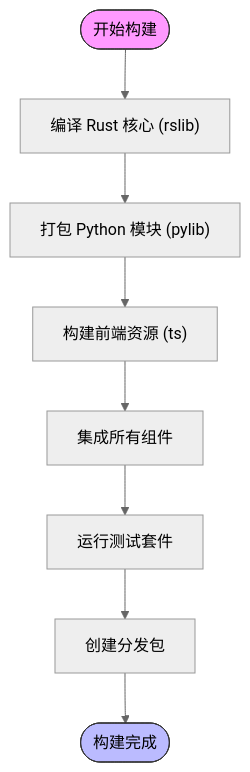
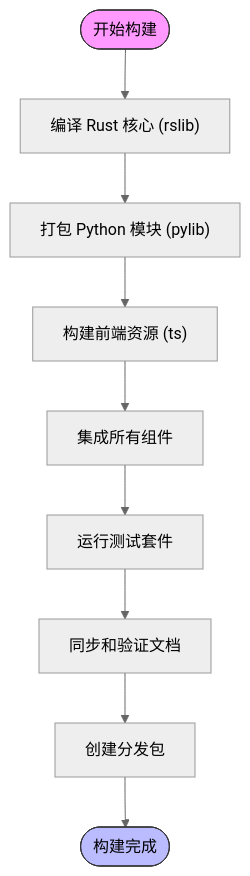
The second of 9 diagrams in .qoder/repowiki/zh/content/构建与部署/构建与部署.md (afanty2021/anki), drawn with Mermaid (neutral theme) before and after one commit. The commit also changed other lines of this file and 6 other files, not shown here.

````diff
--- a/.qoder/repowiki/zh/content/构建与部署/构建与部署.md
+++ b/.qoder/repowiki/zh/content/构建与部署/构建与部署.md
@@ -72,12 +79,13 @@
 ```mermaid
 flowchart TD
 Start([开始构建]) --> RustBuild["编译 Rust 核心 (rslib)"]
 RustBuild --> PythonBuild["打包 Python 模块 (pylib)"]
 PythonBuild --> FrontendBuild["构建前端资源 (ts)"]
 FrontendBuild --> Integration["集成所有组件"]
 Integration --> Test["运行测试套件"]
-Test --> Package["创建分发包"]
+Test --> DocSync["同步和验证文档"]
+DocSync --> Package["创建分发包"]
 Package --> End([构建完成])
 style Start fill:#f9f,stroke:#333
 style End fill:#bbf,stroke:#333
 ```
````
